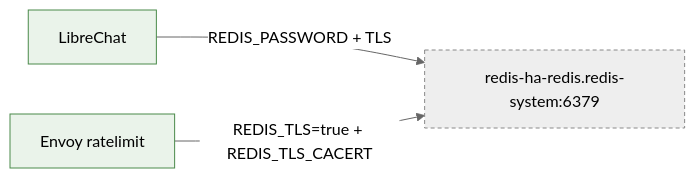
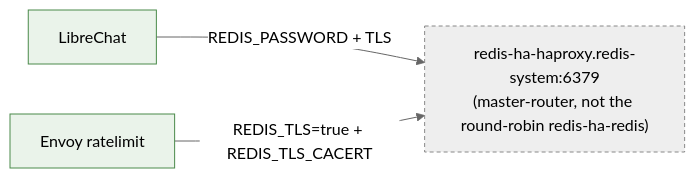
The fourth of 4 diagrams in docs/architecture/06-networking-tls.md (ADORSYS-GIS/ai-helm), drawn with Mermaid (neutral theme) before and after one commit. The commit also changed 9 other files, not shown here.

````diff
--- a/docs/architecture/06-networking-tls.md
+++ b/docs/architecture/06-networking-tls.md
@@ -132,7 +132,7 @@
 ```mermaid
 flowchart LR
-    LCC["LibreChat"]:::own -->|"REDIS_PASSWORD + TLS"| R["redis-ha-redis.redis-system:6379"]:::ext
+    LCC["LibreChat"]:::own -->|"REDIS_PASSWORD + TLS"| R["redis-ha-haproxy.redis-system:6379<br/>(master-router, not the round-robin redis-ha-redis)"]:::ext
     RL["Envoy ratelimit"]:::own -->|"REDIS_TLS=true + REDIS_TLS_CACERT"| R
     classDef own fill:#eaf3ea,stroke:#4a8a4a;
     classDef ext fill:#eee,stroke:#888,stroke-dasharray:4 3;
 ```
````
